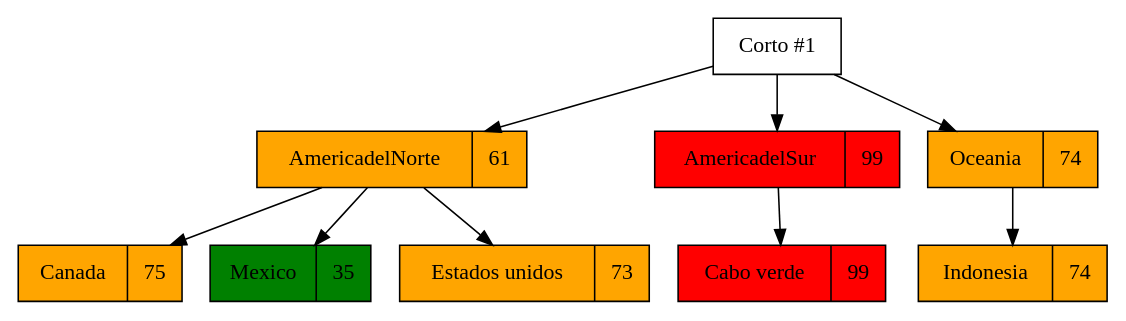
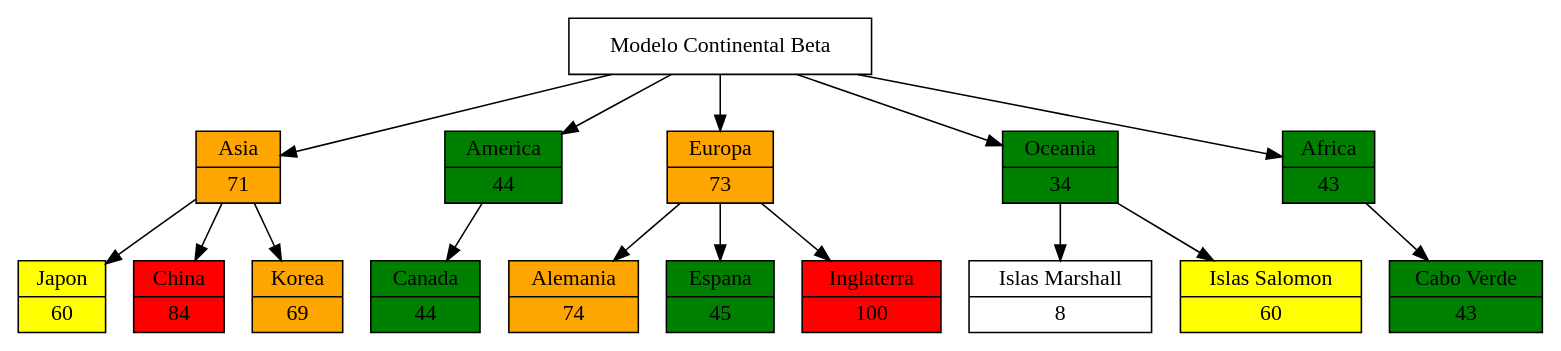
Before and after one commit to DaviFmO/LFP_S2_2024_Proyecto1_201709022: the diagram in graficaultima3.dot, drawn with Graphviz. The commit also changed 17 other files, not shown here.

```diff
--- a/graficaultima3.dot
+++ b/graficaultima3.dot
@@ -1,27 +1,48 @@
 digraph G {
-  "Corto #1" [shape=box];
-  "Corto #1" -> "AmericadelNorte";
-  "Canada" [style=filled, fillcolor="orange"];
-  "Canada" [shape=record, label="Canada|75"];
-  "AmericadelNorte" -> "Canada";
-  "Mexico" [style=filled, fillcolor="green"];
-  "Mexico" [shape=record, label="Mexico|35"];
-  "AmericadelNorte" -> "Mexico";
-  "Estados unidos" [style=filled, fillcolor="orange"];
-  "Estados unidos" [shape=record, label="Estados unidos|73"];
-  "AmericadelNorte" -> "Estados unidos";
-  "AmericadelNorte" [shape=record, label="AmericadelNorte|61"];
-  "AmericadelNorte" [style=filled, fillcolor="orange"];
-  "Corto #1" -> "AmericadelSur";
-  "Cabo verde" [style=filled, fillcolor="red"];
-  "Cabo verde" [shape=record, label="Cabo verde|99"];
-  "AmericadelSur" -> "Cabo verde";
-  "AmericadelSur" [shape=record, label="AmericadelSur|99"];
-  "AmericadelSur" [style=filled, fillcolor="red"];
-  "Corto #1" -> "Oceania";
-  "Indonesia" [style=filled, fillcolor="orange"];
-  "Indonesia" [shape=record, label="Indonesia|74"];
-  "Oceania" -> "Indonesia";
-  "Oceania" [shape=record, label="Oceania|74"];
-  "Oceania" [style=filled, fillcolor="orange"];
+  "Modelo Continental Beta" [shape=box];
+  "Modelo Continental Beta" -> "Asia";
+  "Japon" [style=filled, fillcolor="yellow"];
+  "Japon" [shape=record, label="{Japon|60}"];
+  "Asia" -> "Japon";
+  "China" [style=filled, fillcolor="red"];
+  "China" [shape=record, label="{China|84}"];
+  "Asia" -> "China";
+  "Korea" [style=filled, fillcolor="orange"];
+  "Korea" [shape=record, label="{Korea|69}"];
+  "Asia" -> "Korea";
+  "Asia" [shape=record, label="{Asia|71}"];
+  "Asia" [style=filled, fillcolor="orange"];
+  "Modelo Continental Beta" -> "America";
+  "Canada" [style=filled, fillcolor="green"];
+  "Canada" [shape=record, label="{Canada|44}"];
+  "America" -> "Canada";
+  "America" [shape=record, label="{America|44}"];
+  "America" [style=filled, fillcolor="green"];
+  "Modelo Continental Beta" -> "Europa";
+  "Alemania" [style=filled, fillcolor="orange"];
+  "Alemania" [shape=record, label="{Alemania|74}"];
+  "Europa" -> "Alemania";
+  "Espana" [style=filled, fillcolor="green"];
+  "Espana" [shape=record, label="{Espana|45}"];
+  "Europa" -> "Espana";
+  "Inglaterra" [style=filled, fillcolor="red"];
+  "Inglaterra" [shape=record, label="{Inglaterra|100}"];
+  "Europa" -> "Inglaterra";
+  "Europa" [shape=record, label="{Europa|73}"];
+  "Europa" [style=filled, fillcolor="orange"];
+  "Modelo Continental Beta" -> "Oceania";
+  "Islas Marshall" [style=filled, fillcolor="white"];
+  "Islas Marshall" [shape=record, label="{Islas Marshall|8}"];
+  "Oceania" -> "Islas Marshall";
+  "Islas Salomon" [style=filled, fillcolor="yellow"];
+  "Islas Salomon" [shape=record, label="{Islas Salomon|60}"];
+  "Oceania" -> "Islas Salomon";
+  "Oceania" [shape=record, label="{Oceania|34}"];
+  "Oceania" [style=filled, fillcolor="green"];
+  "Modelo Continental Beta" -> "Africa";
+  "Cabo Verde" [style=filled, fillcolor="green"];
+  "Cabo Verde" [shape=record, label="{Cabo Verde|43}"];
+  "Africa" -> "Cabo Verde";
+  "Africa" [shape=record, label="{Africa|43}"];
+  "Africa" [style=filled, fillcolor="green"];
 }
```
